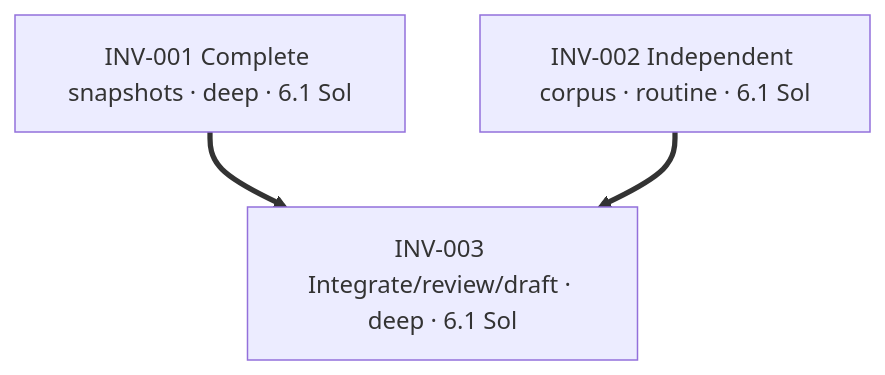
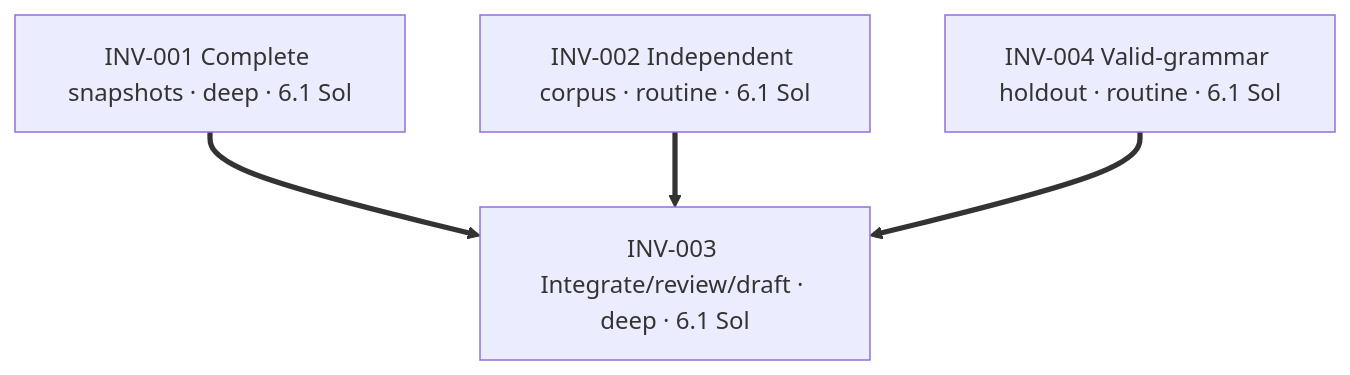
One commit to vu1n/kypp changed the diagram in PLAN.md. Above: the diagram before and after it, drawn with Mermaid. The commit also changed other lines of this file, not shown here.

Commit message:
Correct corpus gate and add independent valid-grammar evaluation

````diff
--- a/PLAN.md
+++ b/PLAN.md
@@ -112,5 +145,6 @@
 ```mermaid
 flowchart TD
     INV_001["INV-001 Complete snapshots · deep · 6.1 Sol"] ==> INV_003["INV-003 Integrate/review/draft · deep · 6.1 Sol"]
     INV_002["INV-002 Independent corpus · routine · 6.1 Sol"] ==> INV_003
+    INV_004["INV-004 Valid-grammar holdout · routine · 6.1 Sol"] ==> INV_003
 ```
````
